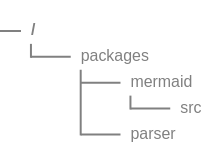
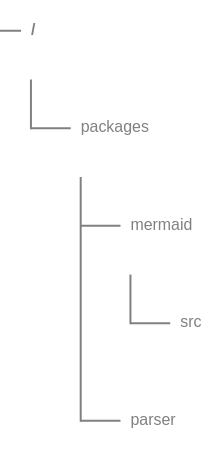
One commit to groovy-gorilla/tfx changed the diagram in README.md. Above: the diagram before and after it, drawn with Mermaid.

````diff
--- a/README.md
+++ b/README.md
@@ -20,20 +20,20 @@
 ```mermaid
 ---
 config:
     treeView:
         rowIndent: 20
         lineThickness: 1
         paddingX: 5
-        paddingY: 2
+        paddingY: 20
     themeVariables:
         treeView:
             labelFontSize: '8px'
             labelColor: '#808080'
             lineColor: '#808080'
 ---
 treeView-beta
     "packages"
         "mermaid"
             "src"
         "parser"
 ```
````
